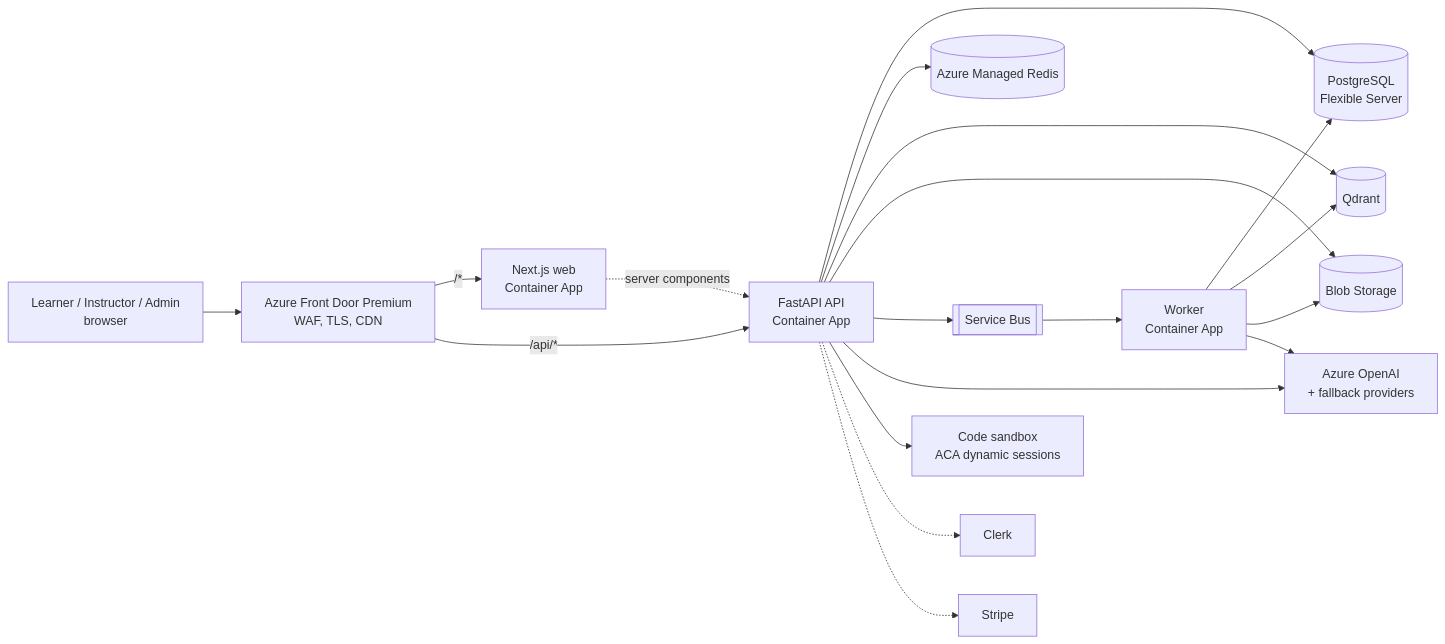
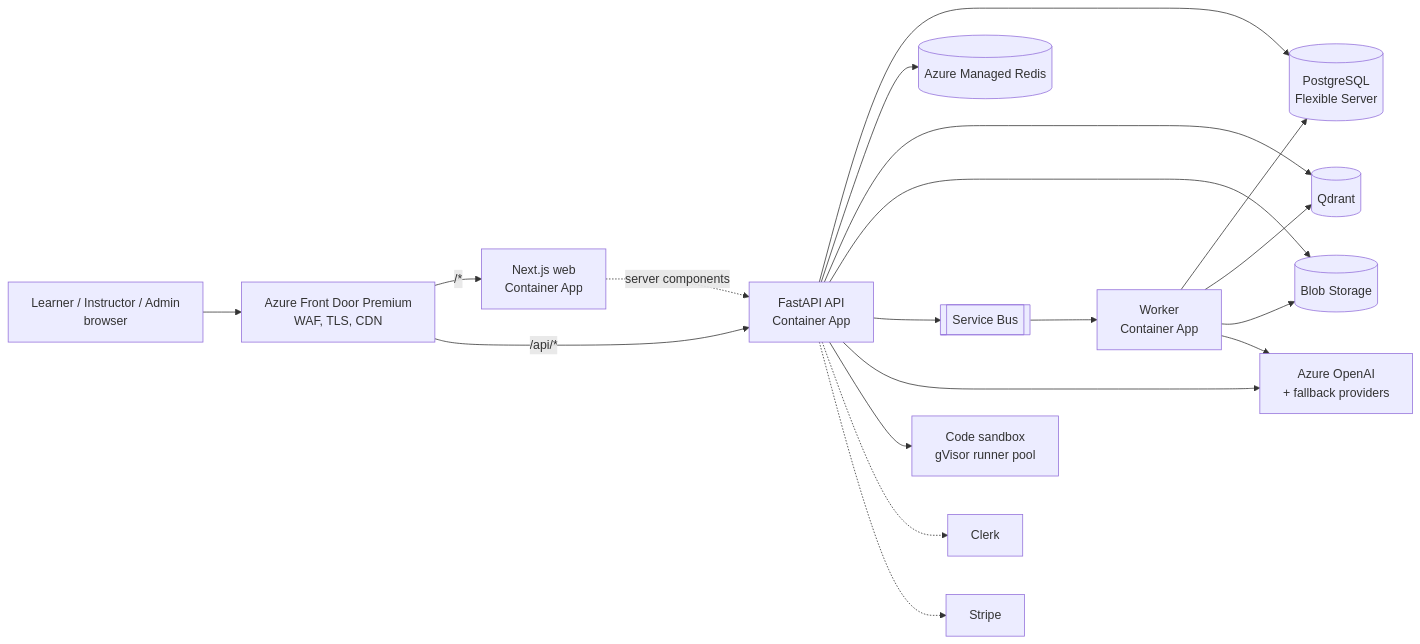
Before and after one commit to Nditah/AI-Mentor: the first of 31 diagrams in docs/SystemArchitecture.md, drawn with Mermaid. The commit also changed other lines of this file and 333 other files, not shown here.

````diff
--- a/docs/SystemArchitecture.md
+++ b/docs/SystemArchitecture.md
@@ -67,21 +69,21 @@
 ```mermaid
 flowchart LR
     U["Learner / Instructor / Admin<br/>browser"] --> FD["Azure Front Door Premium<br/>WAF, TLS, CDN"]
     FD -->|"/*"| WEB["Next.js web<br/>Container App"]
     FD -->|"/api/*"| API["FastAPI API<br/>Container App"]
     WEB -.->|"server components"| API
     API --> PG[("PostgreSQL<br/>Flexible Server")]
     API --> RD[("Azure Managed Redis")]
     API --> QD[("Qdrant")]
     API --> BLOB[("Blob Storage")]
     API --> SB[["Service Bus"]]
     SB --> WRK["Worker<br/>Container App"]
     WRK --> PG
     WRK --> QD
     WRK --> BLOB
     API --> LLM["Azure OpenAI<br/>+ fallback providers"]
     WRK --> LLM
-    API --> SBX["Code sandbox<br/>ACA dynamic sessions"]
+    API --> SBX["Code sandbox<br/>gVisor runner pool"]
     API -.-> CLERK["Clerk"]
     API -.-> STRIPE["Stripe"]
 ```
````
